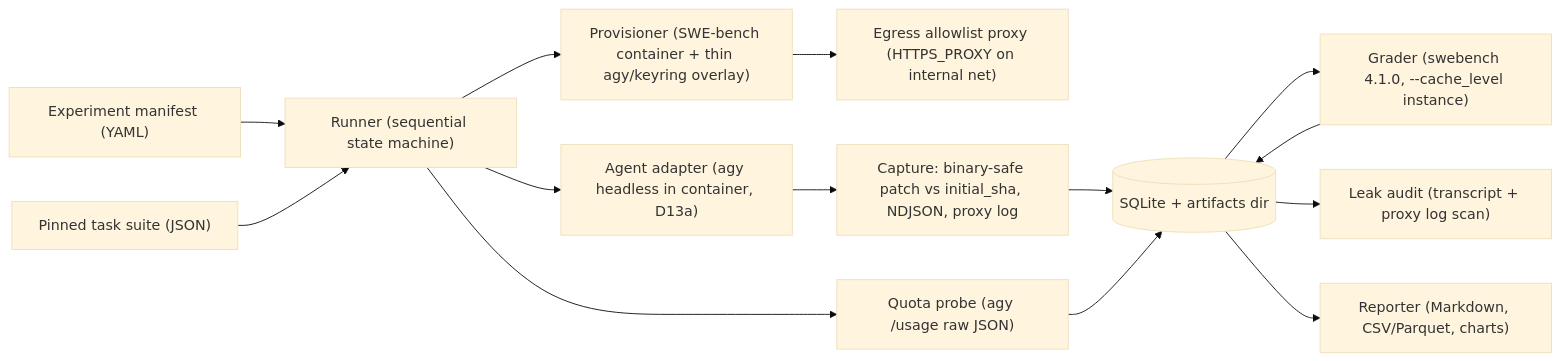
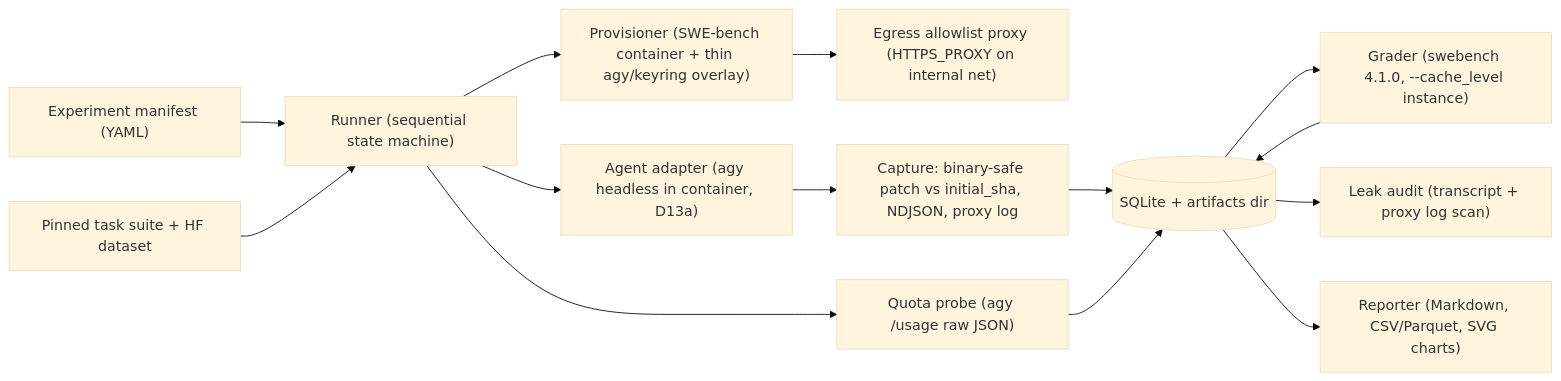
One commit to data-john/SubscriptionBench changed the diagram in docs/implementation_plan.md. Above: the diagram before and after it, drawn with Mermaid (base theme). The commit also changed other lines of this file and 3 other files, not shown here.

````diff
--- a/docs/implementation_plan.md
+++ b/docs/implementation_plan.md
@@ -41,16 +42,16 @@
 ```mermaid
 flowchart LR
     M["Experiment manifest (YAML)"] --> R["Runner (sequential state machine)"]
-    S["Pinned task suite (JSON)"] --> R
+    S["Pinned task suite + HF dataset"] --> R
     R --> P["Provisioner (SWE-bench container + thin agy/keyring overlay)"]
     P --> X["Egress allowlist proxy (HTTPS_PROXY on internal net)"]
     R --> Q["Quota probe (agy /usage raw JSON)"]
     R --> A["Agent adapter (agy headless in container, D13a)"]
     A --> C["Capture: binary-safe patch vs initial_sha, NDJSON, proxy log"]
     C --> DB[("SQLite + artifacts dir")]
     Q --> DB
     DB --> G["Grader (swebench 4.1.0, --cache_level instance)"]
     G --> DB
     DB --> AU["Leak audit (transcript + proxy log scan)"]
-    DB --> RP["Reporter (Markdown, CSV/Parquet, charts)"]
+    DB --> RP["Reporter (Markdown, CSV/Parquet, SVG charts)"]
 ```
````
